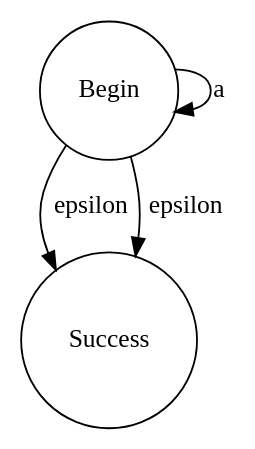
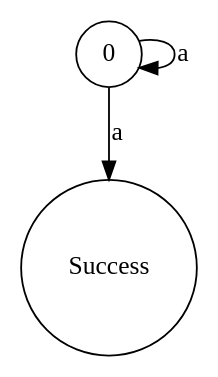
The diagram in MyRegEngine/bin/Debug/netcoreapp3.1/TestCase6.dot (ayanamists/MyRegEngine), drawn with Graphviz before and after one commit. The commit also changed 55 other files, not shown here.

```diff
--- a/MyRegEngine/bin/Debug/netcoreapp3.1/TestCase6.dot
+++ b/MyRegEngine/bin/Debug/netcoreapp3.1/TestCase6.dot
@@ -1,1 +1,1 @@
-digraph TestCase6 { 0 [shape=circle,label="Begin"]; 1 [shape=circle,label="Success"]; 0 -> 0[label="a"]; 0 -> 1[label="epsilon"]; 0 -> 1[label="epsilon"]; }
+digraph TestCase6 { 0 [shape=circle,label="0"]; 1 [shape=circle,label="Success"]; 0 -> 0[label="a"]; 0 -> 1[label="a"]; }
```
